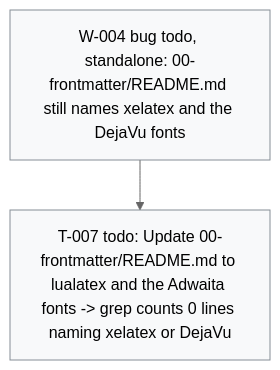
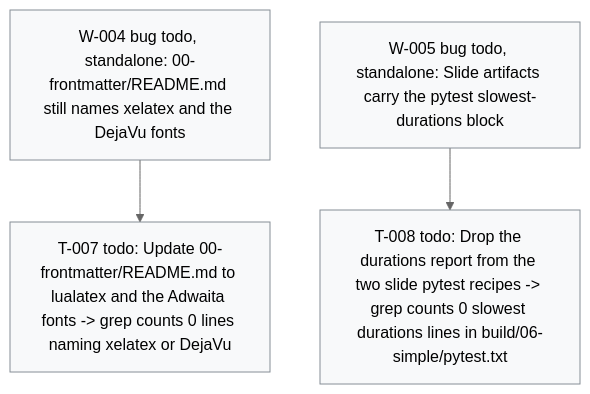
The diagram in .board/BOARD.md (dpopchev/chaos-to-simple), drawn with Mermaid (neutral theme) before and after one commit. The commit also changed other lines of this file and 2 other files, not shown here.

Commit message:
chore(board): file W-005 -- finding of W-003's verification
Refs: W-005

````diff
--- a/.board/BOARD.md
+++ b/.board/BOARD.md
@@ -35,11 +36,13 @@
 ```mermaid
 flowchart TD
   W004["W-004 bug todo, standalone: 00-frontmatter/README.md still names xelatex and the DejaVu fonts"]
   W004 --> T007["T-007 todo: Update 00-frontmatter/README.md to lualatex and the Adwaita fonts -> grep counts 0 lines naming xelatex or DejaVu"]
+  W005["W-005 bug todo, standalone: Slide artifacts carry the pytest slowest-durations block"]
+  W005 --> T008["T-008 todo: Drop the durations report from the two slide pytest recipes -> grep counts 0 slowest durations lines in build/06-simple/pytest.txt"]
   classDef doing fill:#fff3bf,stroke:#b58900,color:#000;
   classDef blocked fill:#ffe3e3,stroke:#c92a2a,color:#000;
   classDef done fill:#e6ffed,stroke:#2b8a3e,color:#000;
   classDef todo fill:#f8f9fa,stroke:#868e96,color:#000;
   classDef pruned fill:#f1f3f5,stroke:#adb5bd,color:#000;
-  class W004,T007 todo
+  class W004,T007,W005,T008 todo
 ```
````
